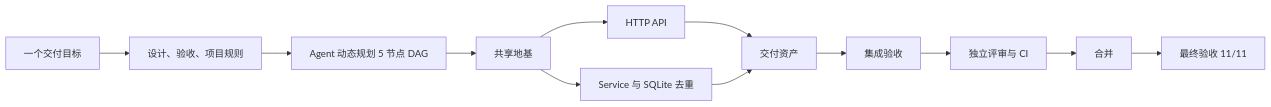
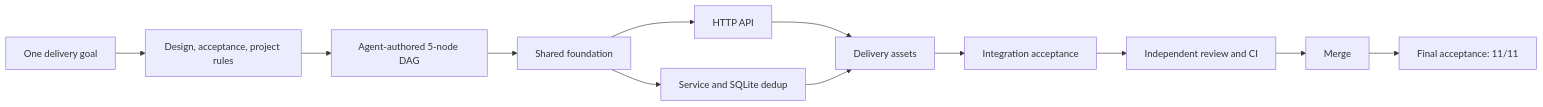
One commit to xiaohei-info/oh-my-multica-demo-webhook-inbox changed the diagram in README.zh-CN.md. Above: the diagram before and after it, drawn with Mermaid. The commit also changed other lines of this file and 1 other file, not shown here.

````diff
--- a/README.zh-CN.md
+++ b/README.zh-CN.md
@@ -37,14 +25,14 @@
 ```mermaid
 flowchart LR
-    R[一个交付目标] --> P[设计、验收、项目规则]
-    P --> D[Agent 动态规划 5 节点 DAG]
-    D --> F[共享地基]
+    R[One delivery goal] --> P[Design, acceptance, project rules]
+    P --> D[Agent-authored 5-node DAG]
+    D --> F[Shared foundation]
     F --> A[HTTP API]
-    F --> S[Service 与 SQLite 去重]
-    A --> X[交付资产]
+    F --> S[Service and SQLite dedup]
+    A --> X[Delivery assets]
     S --> X
-    X --> I[集成验收]
-    I --> Q[独立评审与 CI]
-    Q --> M[合并]
-    M --> Z[最终验收 11/11]
+    X --> I[Integration acceptance]
+    I --> Q[Independent review and CI]
+    Q --> M[Merge]
+    M --> Z[Final acceptance: 11/11]
 ```
````
